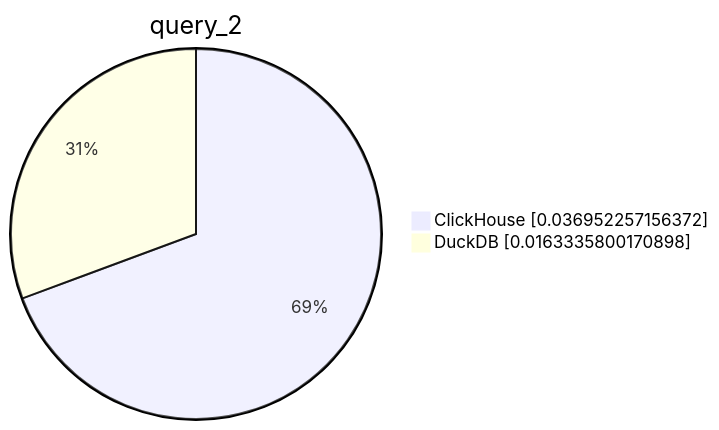
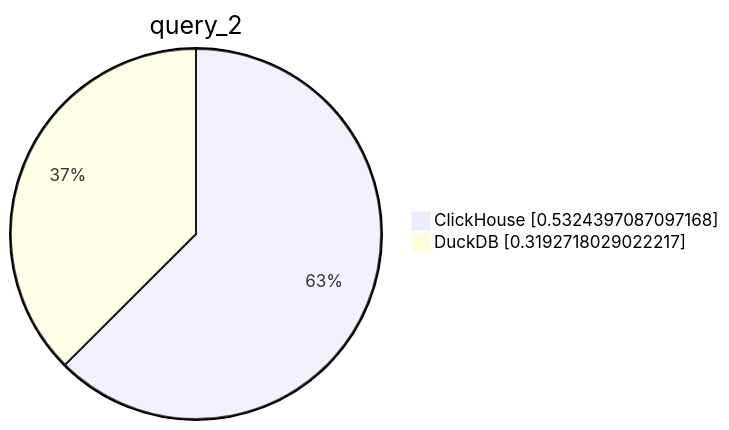
Before and after one commit to Altinity/clickhouse-regression: the third of 10 diagrams in parquet/performance/performance_reports/results.md, drawn with Mermaid. The commit also changed other lines of this file and 1 other file, not shown here.

````diff
--- a/parquet/performance/performance_reports/results.md
+++ b/parquet/performance/performance_reports/results.md
@@ -20,6 +20,6 @@
 ```mermaid
      pie showData
          title query_2
-         "ClickHouse" : 0.036952257156372
-         "DuckDB" : 0.0163335800170898
+         "ClickHouse" : 0.5324397087097168
+         "DuckDB" : 0.3192718029022217
 ```
````
